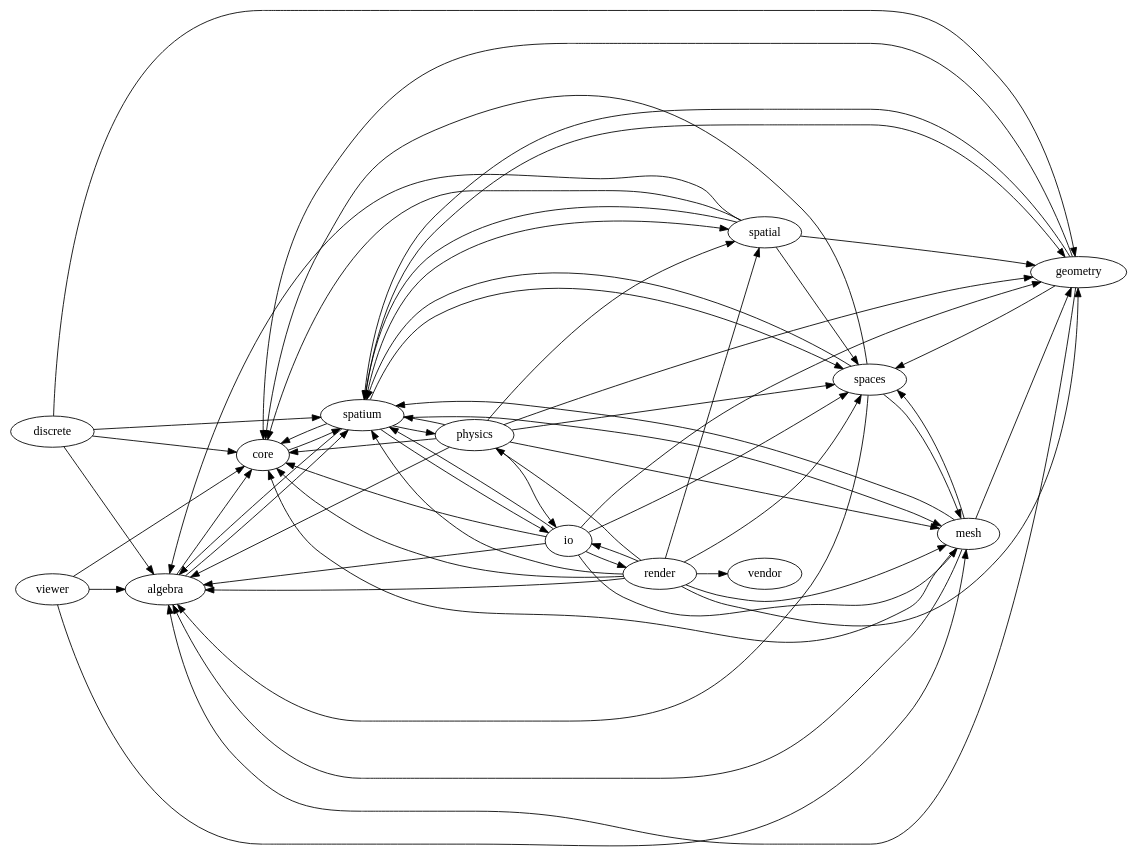
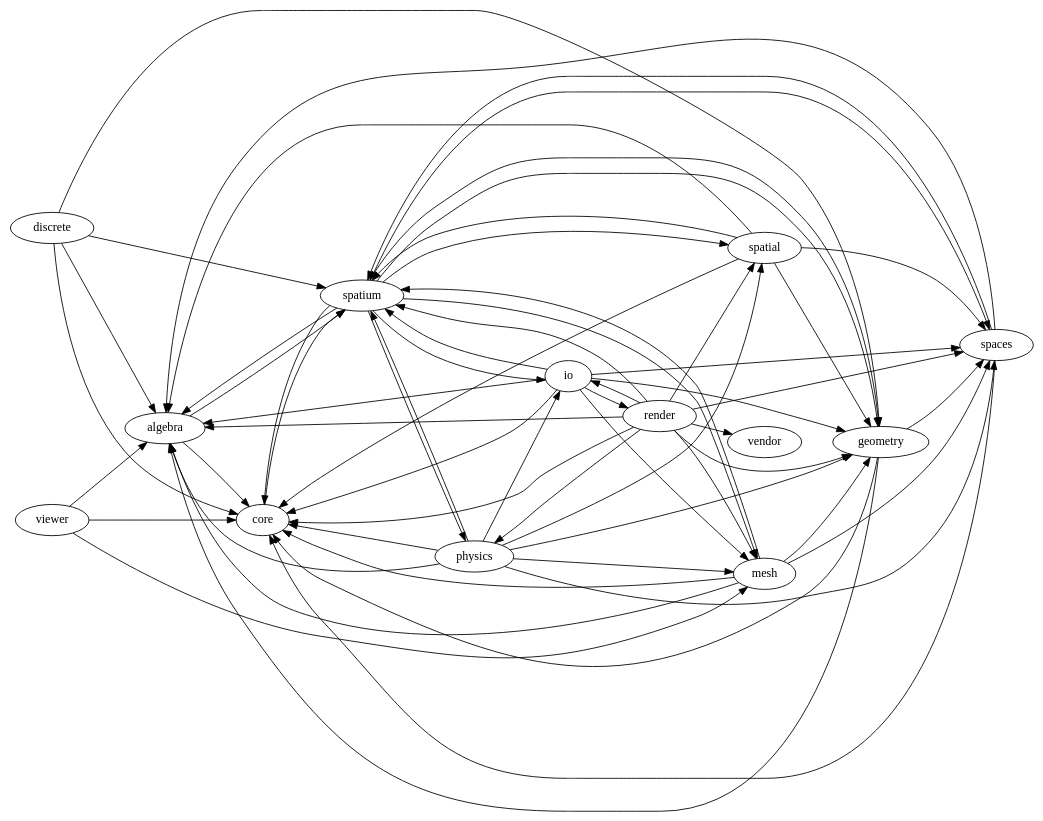
Before and after one commit to Vaniell0/spatium: the diagram in docs/dependency-graph.dot, drawn with Graphviz. The commit also changed 15 other files, not shown here.

First line of the commit message:
mesh: tessellate and marching_cubes leave spaces/ -- the spaces <-> mesh cycle is gone (#125)

```diff
--- a/docs/dependency-graph.dot
+++ b/docs/dependency-graph.dot
@@ -1,64 +1,63 @@
 digraph spatium_dependencies {
     rankdir=LR;
     "algebra" -> "core";
     "algebra" -> "spatium";
     "core" -> "spatium";
     "discrete" -> "algebra";
     "discrete" -> "core";
     "discrete" -> "geometry";
     "discrete" -> "spatium";
     "geometry" -> "algebra";
     "geometry" -> "core";
     "geometry" -> "spaces";
     "geometry" -> "spatium";
     "io" -> "algebra";
     "io" -> "core";
     "io" -> "geometry";
     "io" -> "mesh";
     "io" -> "render";
     "io" -> "spaces";
     "io" -> "spatium";
     "mesh" -> "algebra";
     "mesh" -> "core";
     "mesh" -> "geometry";
     "mesh" -> "spaces";
     "mesh" -> "spatium";
     "physics" -> "algebra";
     "physics" -> "core";
     "physics" -> "geometry";
     "physics" -> "io";
     "physics" -> "mesh";
     "physics" -> "spaces";
     "physics" -> "spatial";
     "physics" -> "spatium";
     "render" -> "algebra";
     "render" -> "core";
     "render" -> "geometry";
     "render" -> "io";
     "render" -> "mesh";
     "render" -> "physics";
     "render" -> "spaces";
     "render" -> "spatial";
     "render" -> "spatium";
     "render" -> "vendor";
     "spaces" -> "algebra";
     "spaces" -> "core";
-    "spaces" -> "mesh";
     "spaces" -> "spatium";
     "spatial" -> "algebra";
     "spatial" -> "core";
     "spatial" -> "geometry";
     "spatial" -> "spaces";
     "spatial" -> "spatium";
     "spatium" -> "algebra";
     "spatium" -> "core";
     "spatium" -> "geometry";
     "spatium" -> "io";
     "spatium" -> "mesh";
     "spatium" -> "physics";
     "spatium" -> "spaces";
     "spatium" -> "spatial";
     "viewer" -> "algebra";
     "viewer" -> "core";
     "viewer" -> "mesh";
 }
```
